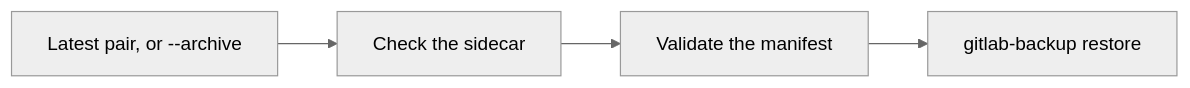
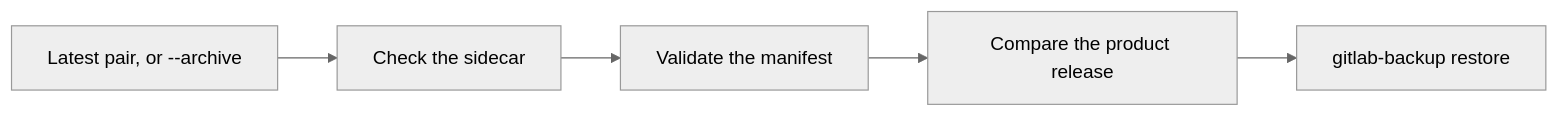
One commit to xgic/gitlab-cli changed the second of 2 diagrams in docs/backup.md. Above: the diagram before and after it, drawn with Mermaid (neutral theme). The commit also changed other lines of this file and 3 other files, not shown here.

First line of the commit message:
Refuse a restore when the product release differs (#8)

````diff
--- a/docs/backup.md
+++ b/docs/backup.md
@@ -69,8 +69,9 @@
 ```mermaid
 flowchart LR
   choose["Latest pair, or --archive"]
   sidecar["Check the sidecar"]
   manifest["Validate the manifest"]
+  version["Compare the product release"]
   app["gitlab-backup restore"]
-  choose --> sidecar --> manifest --> app
+  choose --> sidecar --> manifest --> version --> app
 ```
````
